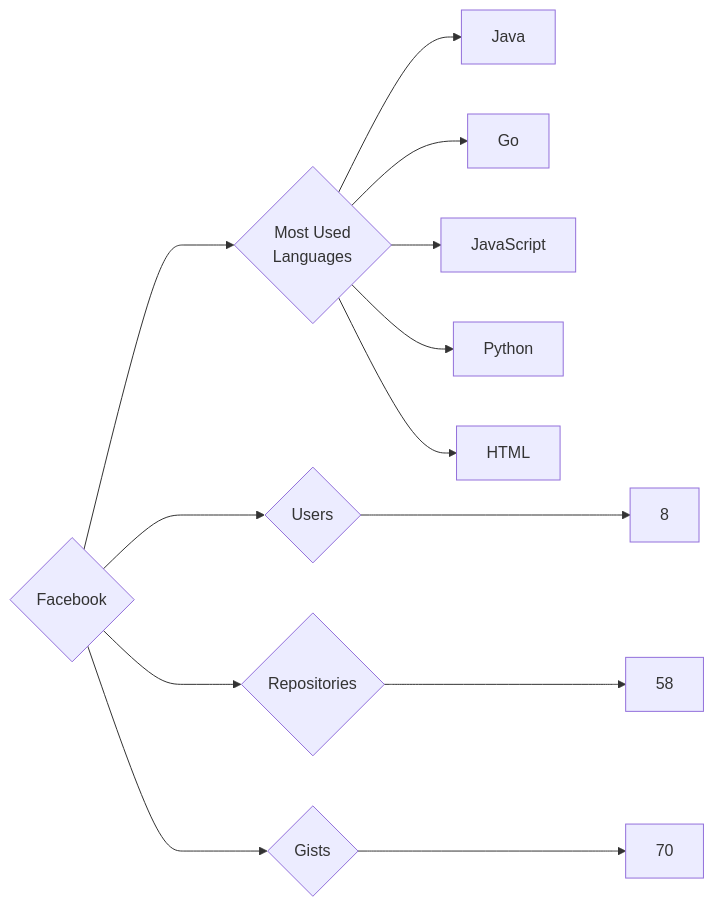
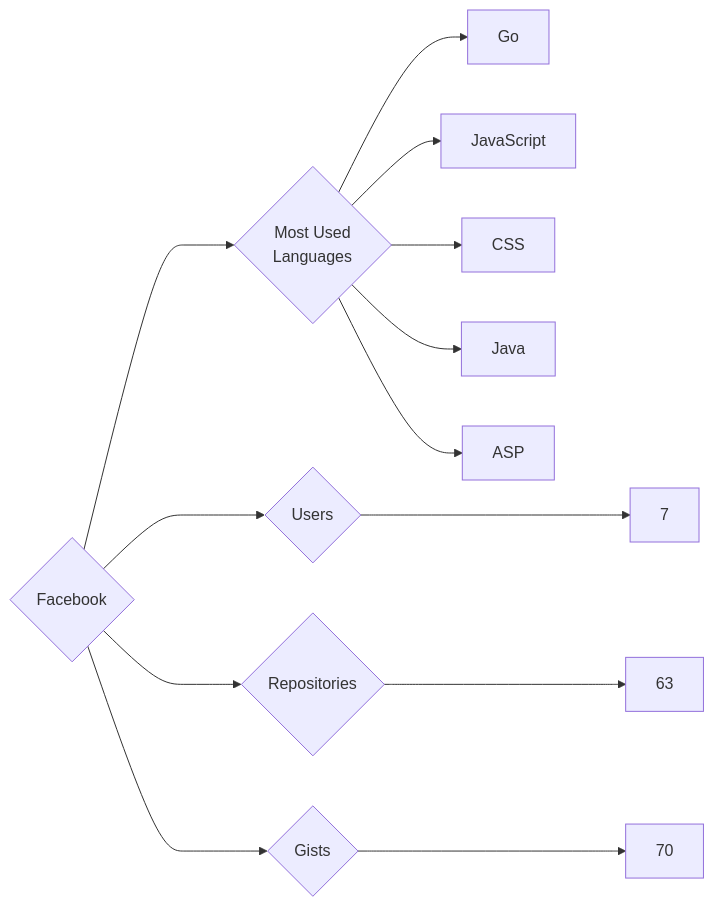
One commit to trickest/insiders changed the diagram in targets/Facebook/README.md. Above: the diagram before and after it, drawn with Mermaid. The commit also changed 776 other files, not shown here.

````diff
--- a/targets/Facebook/README.md
+++ b/targets/Facebook/README.md
@@ -3,13 +3,13 @@
 ```mermaid
 graph LR
 COMPANY_NAME{Facebook}
-COMPANY_NAME ---> U{Users} ---> UN[8]
-COMPANY_NAME ---> R{Repositories} ---> RN[58]
+COMPANY_NAME ---> U{Users} ---> UN[7]
+COMPANY_NAME ---> R{Repositories} ---> RN[63]
 COMPANY_NAME ---> G{Gists} ---> GN[70]
 COMPANY_NAME ---> ML{Most Used<br>Languages}
-ML --> Java[Java]
 ML --> Go[Go]
 ML --> JavaScript[JavaScript]
-ML --> Python[Python]
-ML --> HTML[HTML]
+ML --> CSS[CSS]
+ML --> Java[Java]
+ML --> ASP[ASP]
 ```
````
